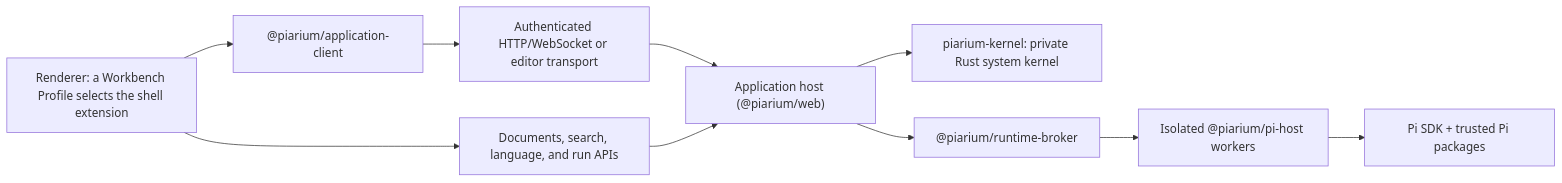
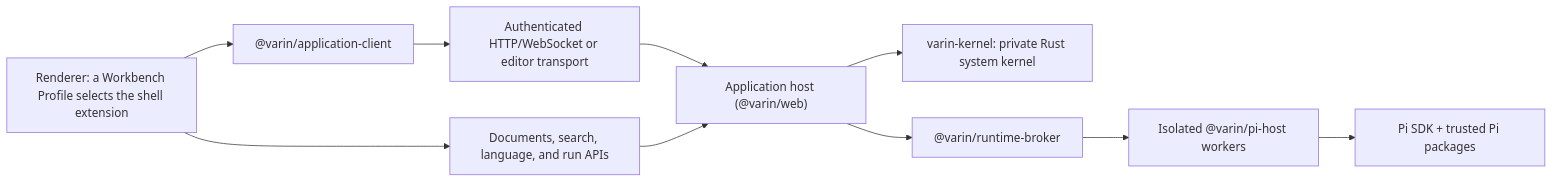
One commit to Youzini-afk/Piarium changed the diagram in README.md. Above: the diagram before and after it, drawn with Mermaid. The commit also changed other lines of this file and 2274 other files, not shown here.

Commit message:
feat: rename Piarium to Varin across the product and runtime

````diff
--- a/README.md
+++ b/README.md
@@ -258,12 +258,12 @@
 ```mermaid
 flowchart LR
-    S["Renderer: a Workbench Profile selects the shell extension"] --> C["@piarium/application-client"]
+    S["Renderer: a Workbench Profile selects the shell extension"] --> C["@varin/application-client"]
     S --> D["Documents, search, language, and run APIs"]
     C --> T["Authenticated HTTP/WebSocket or editor transport"]
-    T --> A["Application host (@piarium/web)"]
+    T --> A["Application host (@varin/web)"]
     D --> A
-    A --> K["piarium-kernel: private Rust system kernel"]
-    A --> B["@piarium/runtime-broker"]
-    B --> H["Isolated @piarium/pi-host workers"]
+    A --> K["varin-kernel: private Rust system kernel"]
+    A --> B["@varin/runtime-broker"]
+    B --> H["Isolated @varin/pi-host workers"]
     H --> P["Pi SDK + trusted Pi packages"]
 ```
````
